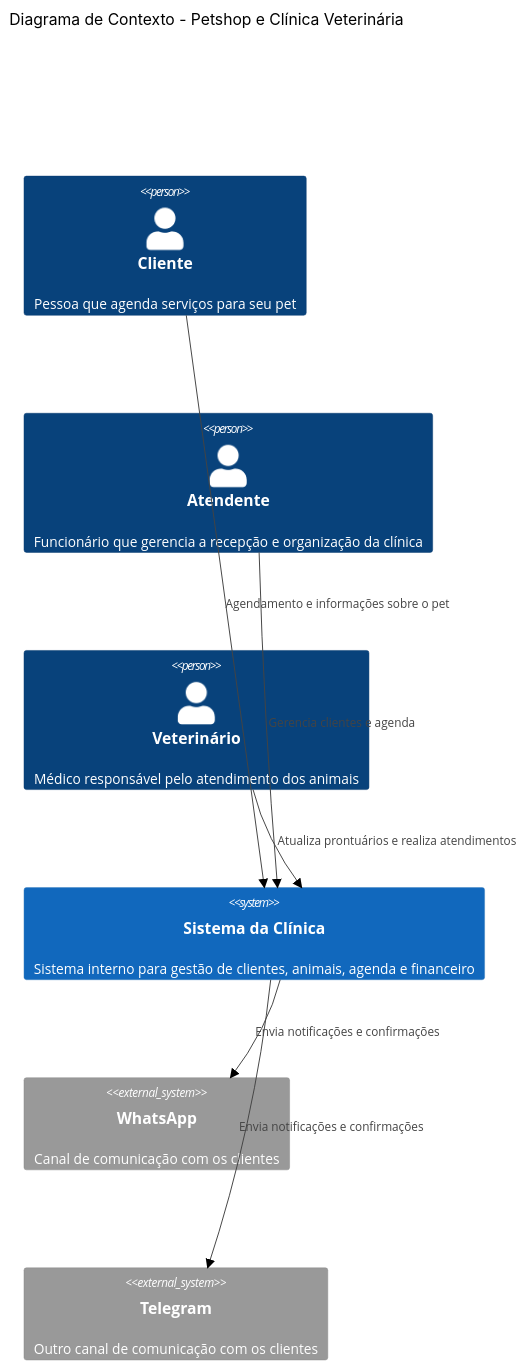
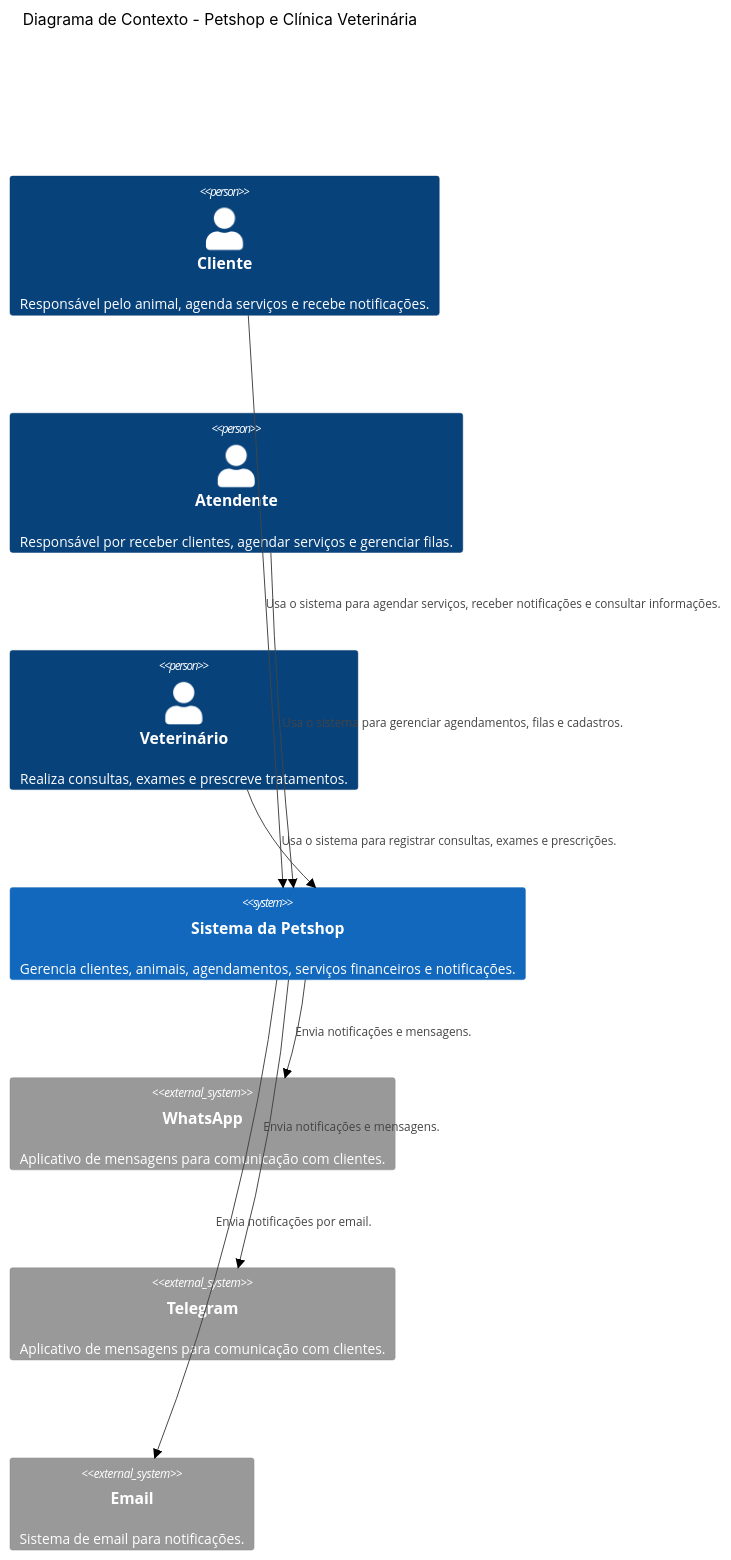
One commit to monteiro74/projeto_exemplo_engenharia_software changed the third of 9 diagrams in README.md. Above: the diagram before and after it, drawn with Mermaid (neutral theme). The commit also changed other lines of this file, not shown here.

````diff
--- a/README.md
+++ b/README.md
@@ -1025,17 +1024,19 @@
 ```mermaid
-%% Diagrama de Contexto
 C4Context
-  title Diagrama de Contexto - Petshop e Clínica Veterinária
-  Person(cliente, "Cliente", "Pessoa que agenda serviços para seu pet")
-  Person(atendente, "Atendente", "Funcionário que gerencia a recepção e organização da clínica")
-  Person(veterinario, "Veterinário", "Médico responsável pelo atendimento dos animais")
-  System(clinica_sistema, "Sistema da Clínica", "Sistema interno para gestão de clientes, animais, agenda e financeiro")
-  System_Ext(whatsapp, "WhatsApp", "Canal de comunicação com os clientes")
-  System_Ext(telegram, "Telegram", "Outro canal de comunicação com os clientes")
-  
-  Rel(cliente, clinica_sistema, "Agendamento e informações sobre o pet")
-  Rel(atendente, clinica_sistema, "Gerencia clientes e agenda")
-  Rel(veterinario, clinica_sistema, "Atualiza prontuários e realiza atendimentos")
-  Rel(clinica_sistema, whatsapp, "Envia notificações e confirmações")
-  Rel(clinica_sistema, telegram, "Envia notificações e confirmações")
+    title Diagrama de Contexto - Petshop e Clínica Veterinária
+
+    Person(cliente, "Cliente", "Responsável pelo animal, agenda serviços e recebe notificações.")
+    Person(atendente, "Atendente", "Responsável por receber clientes, agendar serviços e gerenciar filas.")
+    Person(veterinario, "Veterinário", "Realiza consultas, exames e prescreve tratamentos.")
+    System(petshop, "Sistema da Petshop", "Gerencia clientes, animais, agendamentos, serviços financeiros e notificações.")
+    System_Ext(whatsapp, "WhatsApp", "Aplicativo de mensagens para comunicação com clientes.")
+    System_Ext(telegram, "Telegram", "Aplicativo de mensagens para comunicação com clientes.")
+    System_Ext(email, "Email", "Sistema de email para notificações.")
+
+    Rel(cliente, petshop, "Usa o sistema para agendar serviços, receber notificações e consultar informações.")
+    Rel(atendente, petshop, "Usa o sistema para gerenciar agendamentos, filas e cadastros.")
+    Rel(veterinario, petshop, "Usa o sistema para registrar consultas, exames e prescrições.")
+    Rel(petshop, whatsapp, "Envia notificações e mensagens.")
+    Rel(petshop, telegram, "Envia notificações e mensagens.")
+    Rel(petshop, email, "Envia notificações por email.")
 ```
````
